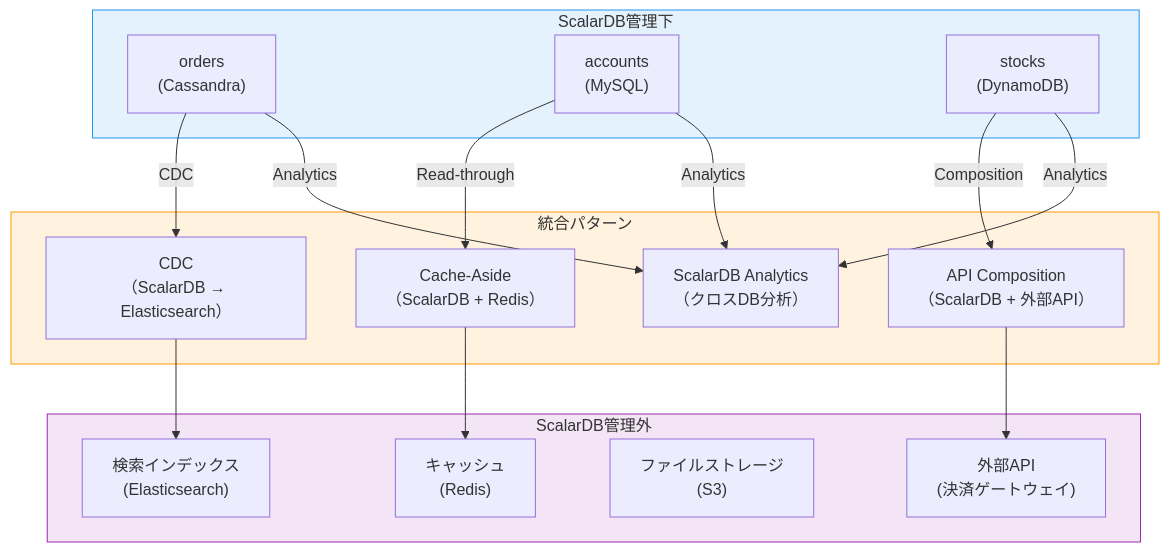
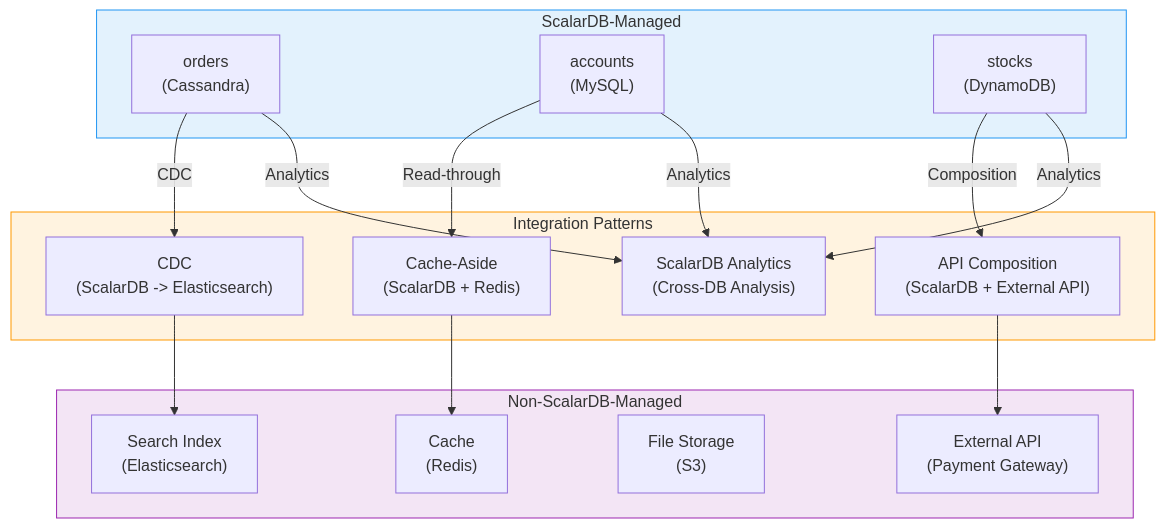
One commit to wfukatsu/nexus-architect changed the fifth of 6 diagrams in workflow/greenfield/06_api_interface_design.md. Above: the diagram before and after it, drawn with Mermaid. The commit also changed other lines of this file and 6 other files, not shown here.

````diff
--- a/workflow/greenfield/06_api_interface_design.md
+++ b/workflow/greenfield/06_api_interface_design.md
@@ -242,31 +242,31 @@
 ```mermaid
 flowchart TD
-    subgraph ScalarDBManaged["ScalarDB管理下"]
+    subgraph ScalarDBManaged["ScalarDB-Managed"]
         T1["orders\n(Cassandra)"]
         T2["accounts\n(MySQL)"]
         T3["stocks\n(DynamoDB)"]
     end
 
-    subgraph NonManaged["ScalarDB管理外"]
-        E1["検索インデックス\n(Elasticsearch)"]
-        E2["キャッシュ\n(Redis)"]
-        E3["ファイルストレージ\n(S3)"]
-        E4["外部API\n(決済ゲートウェイ)"]
+    subgraph NonManaged["Non-ScalarDB-Managed"]
+        E1["Search Index\n(Elasticsearch)"]
+        E2["Cache\n(Redis)"]
+        E3["File Storage\n(S3)"]
+        E4["External API\n(Payment Gateway)"]
     end
 
-    subgraph Integration["統合パターン"]
-        I1["CDC\n（ScalarDB → Elasticsearch）"]
-        I2["Cache-Aside\n（ScalarDB + Redis）"]
-        I3["API Composition\n（ScalarDB + 外部API）"]
-        I4["ScalarDB Analytics\n（クロスDB分析）"]
+    subgraph Integration["Integration Patterns"]
+        I1["CDC\n(ScalarDB -> Elasticsearch)"]
+        I2["Cache-Aside\n(ScalarDB + Redis)"]
+        I3["API Composition\n(ScalarDB + External API)"]
+        I4["ScalarDB Analytics\n(Cross-DB Analysis)"]
     end
 
     T1 -->|"CDC"| I1 --> E1
     T2 -->|"Read-through"| I2 --> E2
     T3 -->|"Composition"| I3 --> E4
     T1 & T2 & T3 -->|"Analytics"| I4
 
     style ScalarDBManaged fill:#e3f2fd,stroke:#2196f3
     style NonManaged fill:#f3e5f5,stroke:#9c27b0
     style Integration fill:#fff3e0,stroke:#ff9800
 ```
````
